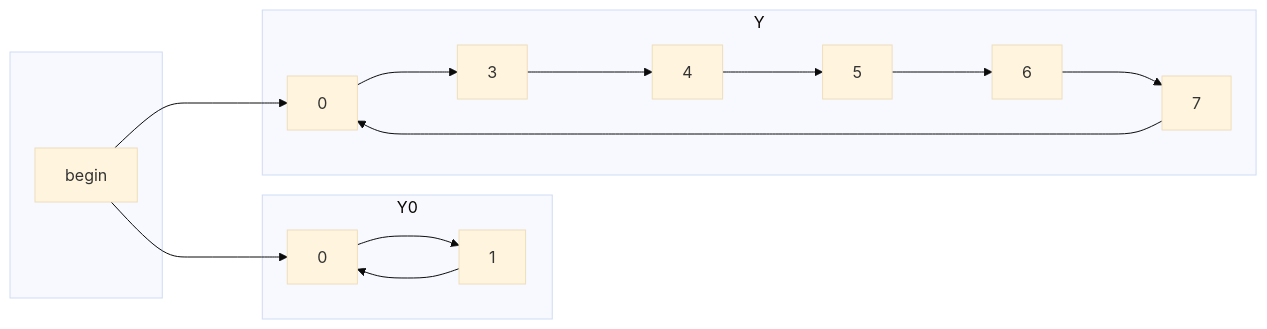
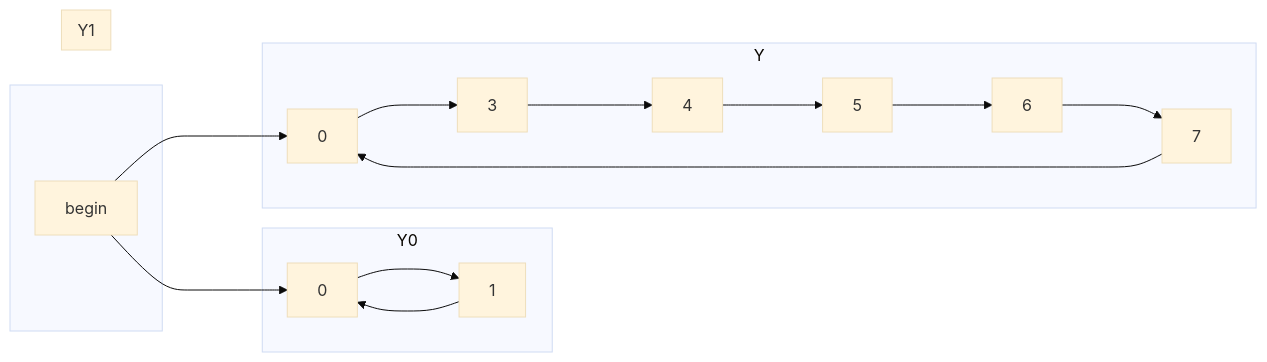
The fourth of 5 diagrams in CSDS 281 - Logic Design/HW/8/Tables.md (tnichols217/notes), drawn with Mermaid (base theme) before and after one commit.

Commit message:
vault backup: 2024-04-03 23:36:54

````diff
--- a/CSDS 281 - Logic Design/HW/8/Tables.md
+++ b/CSDS 281 - Logic Design/HW/8/Tables.md
@@ -113,21 +113,24 @@
 ```mermaid
 flowchart LR
 subgraph " "
 	begin
 end
 subgraph Y
 	begin ---> 0
 	0 ---> 3
 	3 ---> 4
 	4 ---> 5
 	5 ---> 6
 	6 ---> 7
 	7 ---> 0
 end
 subgraph Y0
 	begin ---> 00[0]
 	00 ---> 01[1]
 	01 ---> 00
 end
+subgraph Y1
+	
+end
 
 ```
````
